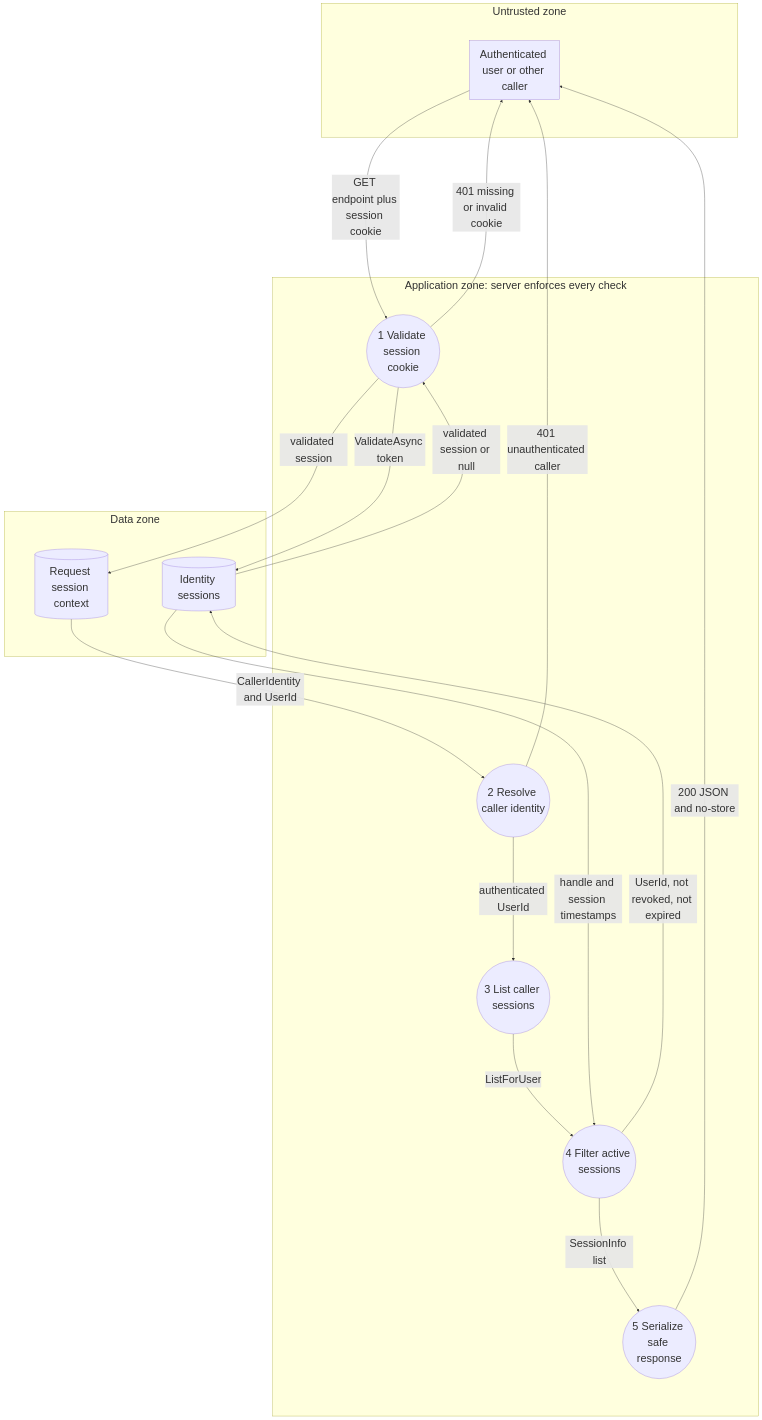
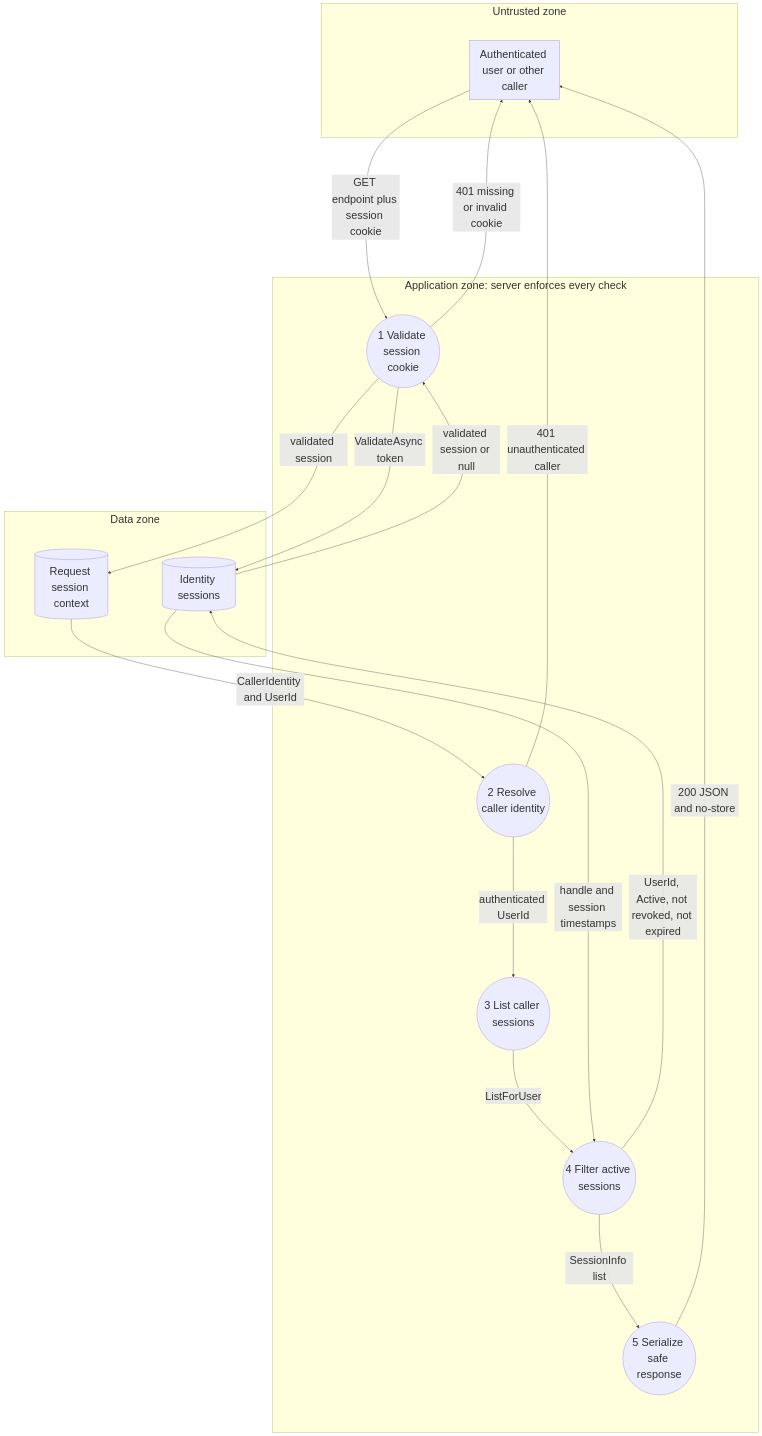
The second of 2 diagrams in docs/IDN-07-SESSION-REVIEW-REVOKE.md (djufa762x39/security-lab), drawn with Mermaid before and after one commit. The commit also changed other lines of this file and 4 other files, not shown here.

````diff
--- a/docs/IDN-07-SESSION-REVIEW-REVOKE.md
+++ b/docs/IDN-07-SESSION-REVIEW-REVOKE.md
@@ -90,36 +90,36 @@
 ```mermaid
 %%{init: {'themeVariables': {'fontSize': '32px'}, 'flowchart': {'nodeSpacing': 160, 'rankSpacing': 220, 'diagramPadding': 80}}}%%
 flowchart TB
     classDef default font-size: 32px;
 
     subgraph UNTRUSTED["Untrusted zone"]
         Actor["Authenticated user or other caller"]
     end
 
     subgraph APPLICATION["Application zone: server enforces every check"]
         P1(("1 Validate session cookie"))
         P2(("2 Resolve caller identity"))
         P3(("3 List caller sessions"))
         P4(("4 Filter active sessions"))
         P5(("5 Serialize safe response"))
     end
 
     subgraph DATAFLOW["Data zone"]
         D1[("Identity sessions")]
         D2[("Request session context")]
     end
 
     Actor -->|GET endpoint plus session cookie| P1
     P1 -->|ValidateAsync token| D1
     D1 -->|validated session or null| P1
     P1 -->|validated session| D2
     D2 -->|CallerIdentity and UserId| P2
     P2 -->|authenticated UserId| P3
     P3 -->|ListForUser| P4
-    P4 -->|UserId, not revoked, not expired| D1
+    P4 -->|UserId, Active, not revoked, not expired| D1
     D1 -->|handle and session timestamps| P4
     P4 -->|SessionInfo list| P5
     P5 -->|200 JSON and no-store| Actor
     P1 -->|401 missing or invalid cookie| Actor
     P2 -->|401 unauthenticated caller| Actor
 ```
````
